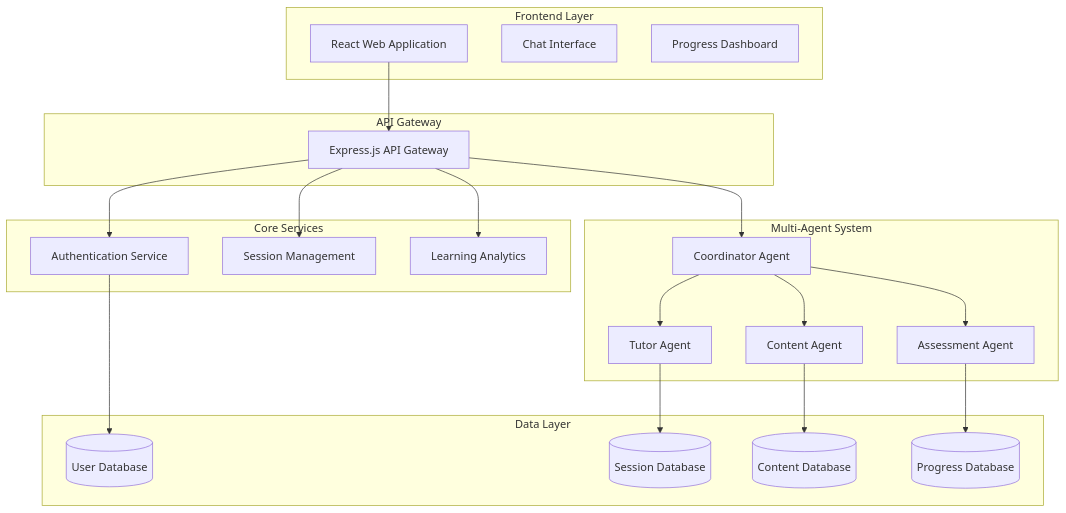
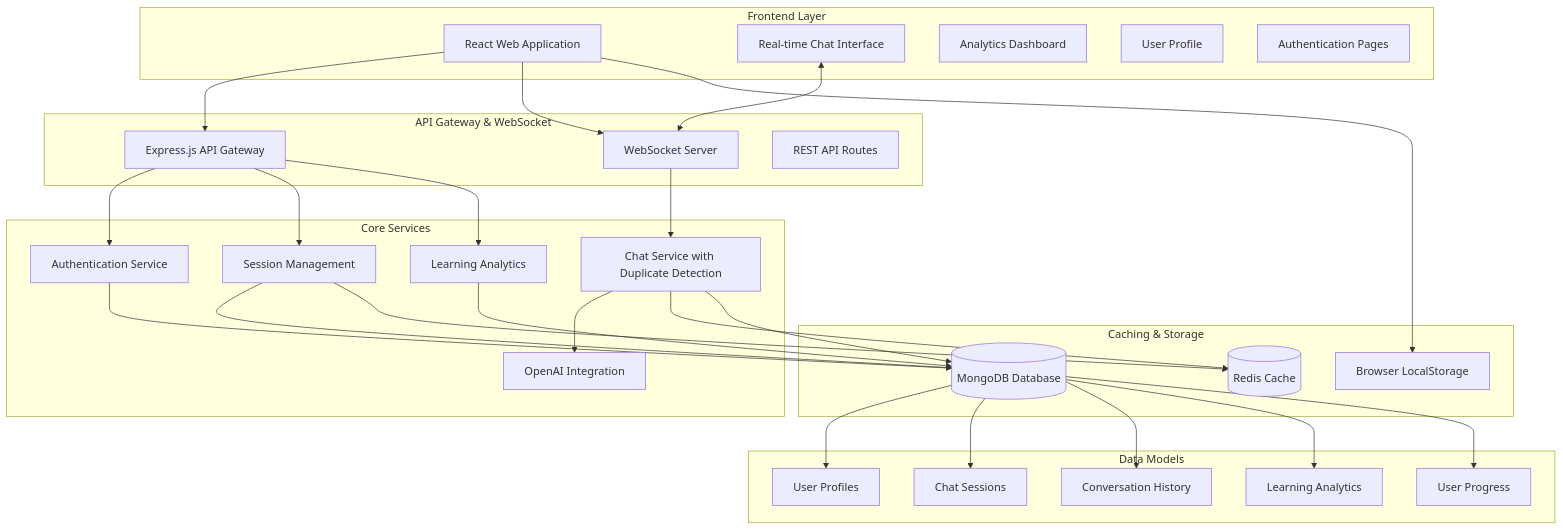
Before and after one commit to masterthefly/ml-e-tutoring-app: the first of 2 diagrams in .kiro/specs/ml-e-tutoring-app/design.md, drawn with Mermaid. The commit also changed other lines of this file and 61 other files, not shown here.

````diff
--- a/.kiro/specs/ml-e-tutoring-app/design.md
+++ b/.kiro/specs/ml-e-tutoring-app/design.md
@@ -13,46 +21,63 @@
 ```mermaid
 graph TB
     subgraph "Frontend Layer"
         UI[React Web Application]
-        Chat[Chat Interface]
-        Progress[Progress Dashboard]
+        Chat[Real-time Chat Interface]
+        Dashboard[Analytics Dashboard]
+        Profile[User Profile]
+        Auth[Authentication Pages]
     end
     
-    subgraph "API Gateway"
+    subgraph "API Gateway & WebSocket"
         Gateway[Express.js API Gateway]
-    end
-    
-    subgraph "Multi-Agent System"
-        Coordinator[Coordinator Agent]
-        Tutor[Tutor Agent]
-        Assessment[Assessment Agent]
-        Content[Content Agent]
+        WS[WebSocket Server]
+        Routes[REST API Routes]
     end
     
     subgraph "Core Services"
-        Auth[Authentication Service]
-        Session[Session Management]
-        Analytics[Learning Analytics]
+        AuthSvc[Authentication Service]
+        ChatSvc[Chat Service with Duplicate Detection]
+        SessionSvc[Session Management]
+        AnalyticsSvc[Learning Analytics]
+        OpenAI[OpenAI Integration]
     end
     
-    subgraph "Data Layer"
-        UserDB[(User Database)]
-        SessionDB[(Session Database)]
-        ContentDB[(Content Database)]
-        ProgressDB[(Progress Database)]
+    subgraph "Caching & Storage"
+        Redis[(Redis Cache)]
+        MongoDB[(MongoDB Database)]
+        LocalStorage[Browser LocalStorage]
+    end
+    
+    subgraph "Data Models"
+        Users[User Profiles]
+        Sessions[Chat Sessions]
+        Messages[Conversation History]
+        Analytics[Learning Analytics]
+        Progress[User Progress]
     end
     
     UI --> Gateway
-    Gateway --> Coordinator
-    Coordinator --> Tutor
-    Coordinator --> Assessment
-    Coordinator --> Content
-    Gateway --> Auth
-    Gateway --> Session
-    Gateway --> Analytics
+    UI --> WS
+    Chat <--> WS
+    WS --> ChatSvc
+    ChatSvc --> OpenAI
+    ChatSvc --> Redis
+    ChatSvc --> MongoDB
     
-    Tutor --> SessionDB
-    Assessment --> ProgressDB
-    Content --> ContentDB
-    Auth --> UserDB
+    Gateway --> AuthSvc
+    Gateway --> SessionSvc
+    Gateway --> AnalyticsSvc
+    
+    AuthSvc --> MongoDB
+    SessionSvc --> MongoDB
+    SessionSvc --> Redis
+    AnalyticsSvc --> MongoDB
+    
+    MongoDB --> Users
+    MongoDB --> Sessions
+    MongoDB --> Messages
+    MongoDB --> Analytics
+    MongoDB --> Progress
+    
+    UI --> LocalStorage
 ```
````
